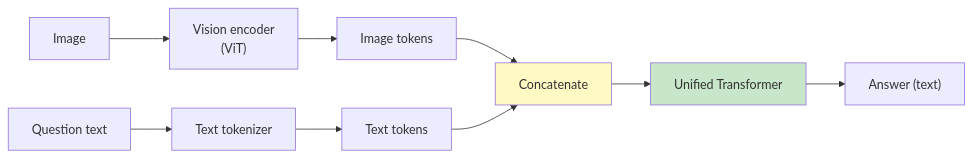
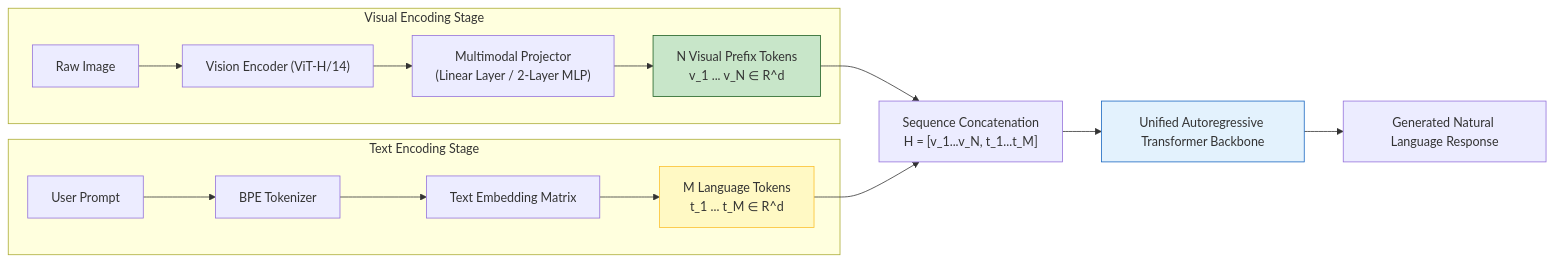
One commit to yingwang/thinking-in-llm changed the second of 8 diagrams in en/chapters/14-multimodal.md. Above: the diagram before and after it, drawn with Mermaid. The commit also changed other lines of this file and 31 other files, not shown here.

````diff
--- a/en/chapters/14-multimodal.md
+++ b/en/chapters/14-multimodal.md
@@ -78,13 +55,23 @@
 ```mermaid
 flowchart LR
-    Img["Image"] --> ViT["Vision encoder<br>(ViT)"] --> ImgTok["Image tokens"]
-    Txt["Question text"] --> TT["Text tokenizer"] --> TxtTok["Text tokens"]
+    subgraph VisionPipeline["Visual Encoding Stage"]
+        Img["Raw Image"] --> ViT["Vision Encoder (ViT-H/14)"]
+        ViT --> Proj["Multimodal Projector<br/>(Linear Layer / 2-Layer MLP)"]
+        Proj --> VisTokens["N Visual Prefix Tokens<br/>v_1 ... v_N ∈ R^d"]
+    end
 
-    ImgTok --> Concat["Concatenate"]
-    TxtTok --> Concat
-    Concat --> LLM["Unified Transformer"]
-    LLM --> Out["Answer (text)"]
+    subgraph TextPipeline["Text Encoding Stage"]
+        Query["User Prompt"] --> Tokenizer["BPE Tokenizer"]
+        Tokenizer --> Embed["Text Embedding Matrix"]
+        Embed --> TxtTokens["M Language Tokens<br/>t_1 ... t_M ∈ R^d"]
+    end
 
-    style Concat fill:#fff9c4
-    style LLM fill:#c8e6c9
+    VisTokens --> Concat["Sequence Concatenation<br/>H = [v_1...v_N, t_1...t_M]"]
+    TxtTokens --> Concat
+    Concat --> AutoregressiveLLM["Unified Autoregressive Transformer Backbone"]
+    AutoregressiveLLM --> OutputLogits["Generated Natural Language Response"]
+
+    style VisTokens fill:#c8e6c9,stroke:#1b5e20
+    style TxtTokens fill:#fff9c4,stroke:#fbc02d
+    style AutoregressiveLLM fill:#e3f2fd,stroke:#1565c0
 ```
````
